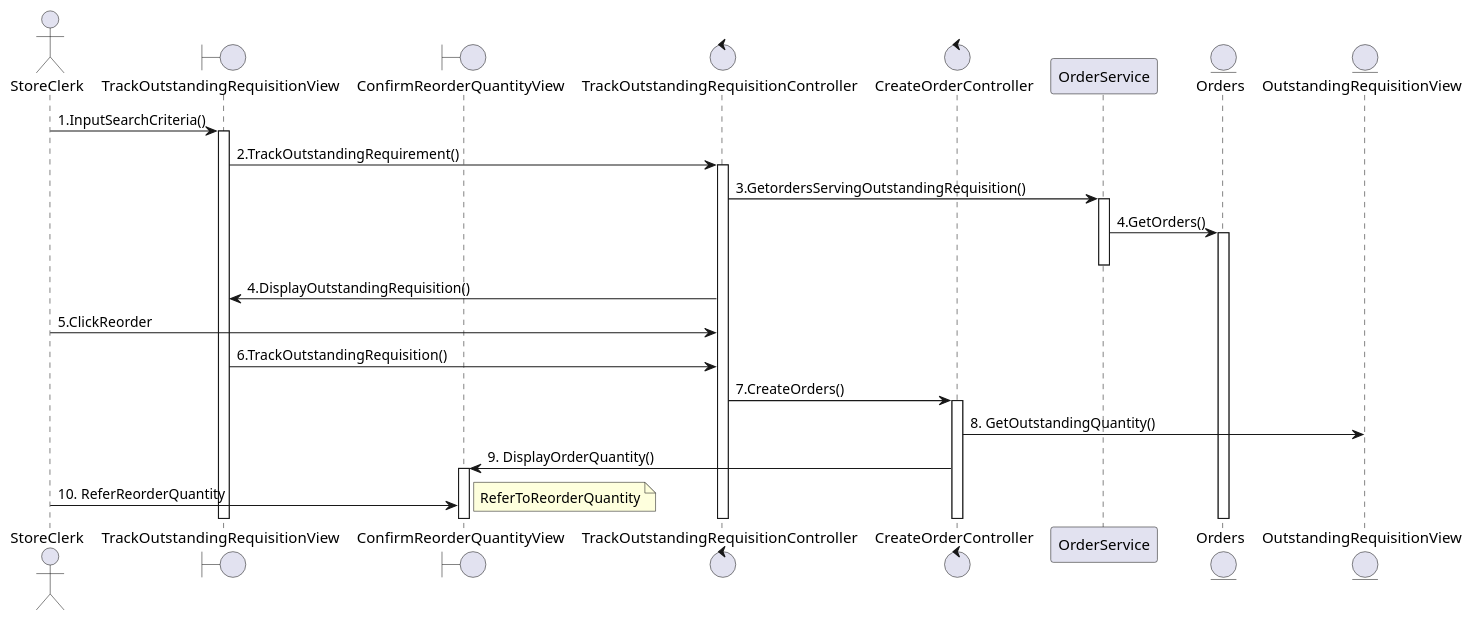
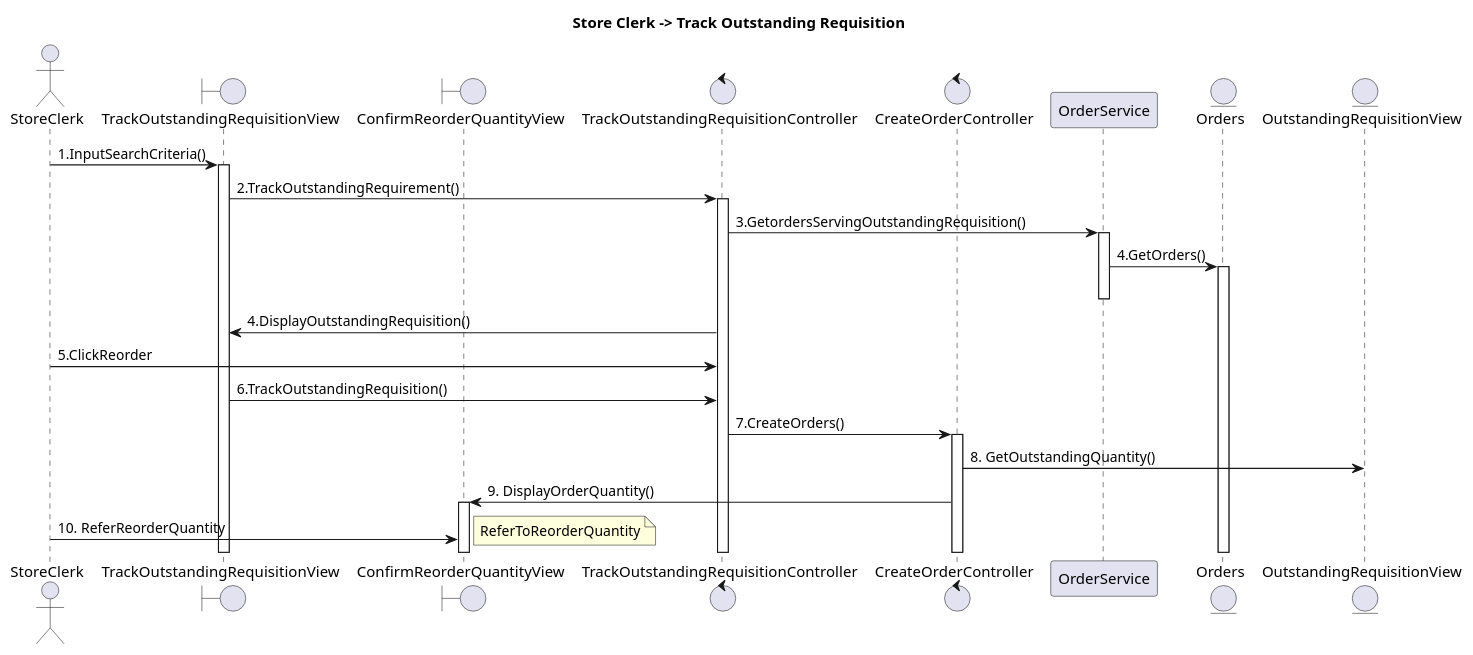
One commit to SA46Team5a/AD---ClassAndSequenceDiagram changed the diagram in TrackOutstandingRequisition.wsd. Above: the diagram before and after it, drawn with PlantUML. The commit also changed 33 other files, not shown here.

Commit message:
added titles, requisitionPackage sequence diagram

```diff
--- a/TrackOutstandingRequisition.wsd
+++ b/TrackOutstandingRequisition.wsd
@@ -1,32 +1,33 @@
 @startuml
+title "Store Clerk -> Track Outstanding Requisition"
 actor StoreClerk
 boundary TrackOutstandingRequisitionView
 boundary ConfirmReorderQuantityView
 control TrackOutstandingRequisitionController
 control CreateOrderController
 Participant OrderService
 entity Orders
 entity OutstandingRequisitionView
 
 StoreClerk->TrackOutstandingRequisitionView: 1.InputSearchCriteria()
 activate TrackOutstandingRequisitionView
 TrackOutstandingRequisitionView->TrackOutstandingRequisitionController: 2.TrackOutstandingRequirement()
 activate TrackOutstandingRequisitionController
 TrackOutstandingRequisitionController->OrderService: 3.GetordersServingOutstandingRequisition()
 activate OrderService
 OrderService->Orders: 4.GetOrders()
 activate Orders
 deactivate OrderService
 TrackOutstandingRequisitionController->TrackOutstandingRequisitionView: 4.DisplayOutstandingRequisition()
 StoreClerk->TrackOutstandingRequisitionController: 5.ClickReorder
 TrackOutstandingRequisitionView->TrackOutstandingRequisitionController: 6.TrackOutstandingRequisition()
 TrackOutstandingRequisitionController->CreateOrderController: 7.CreateOrders()
 activate CreateOrderController
 CreateOrderController->OutstandingRequisitionView: 8. GetOutstandingQuantity()
 CreateOrderController->ConfirmReorderQuantityView: 9. DisplayOrderQuantity()
 activate ConfirmReorderQuantityView
 StoreClerk->ConfirmReorderQuantityView: 10. ReferReorderQuantity
 note right:ReferToReorderQuantity
 
 
 @enduml
```
